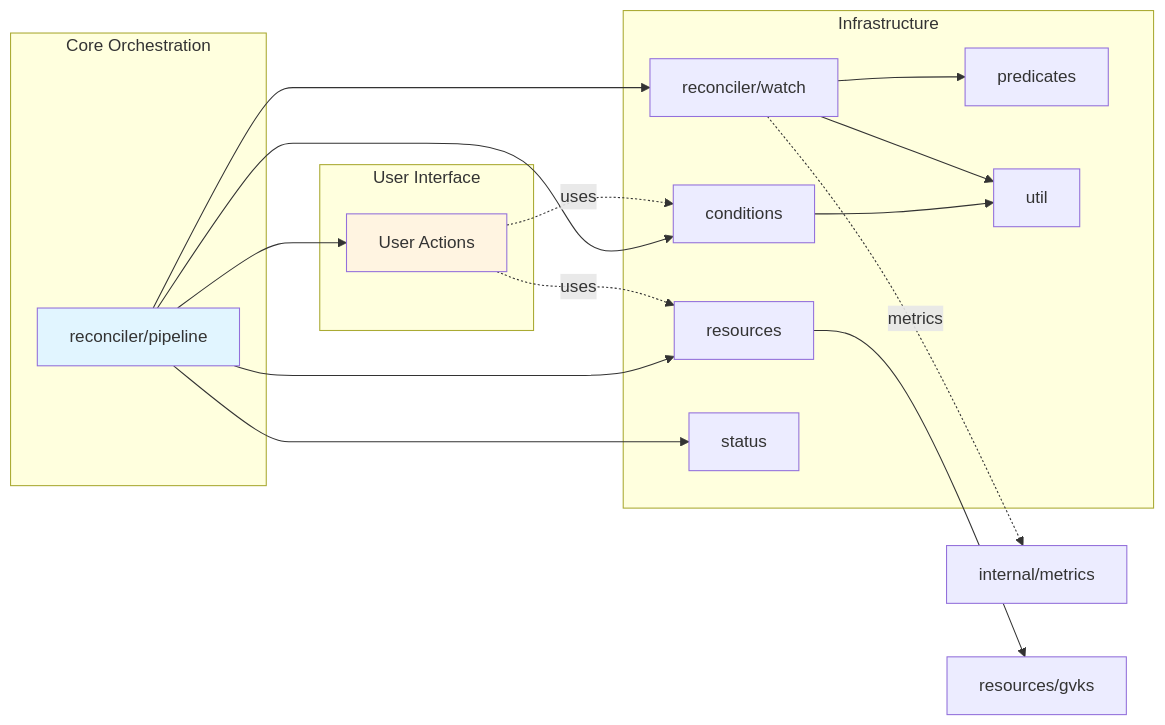
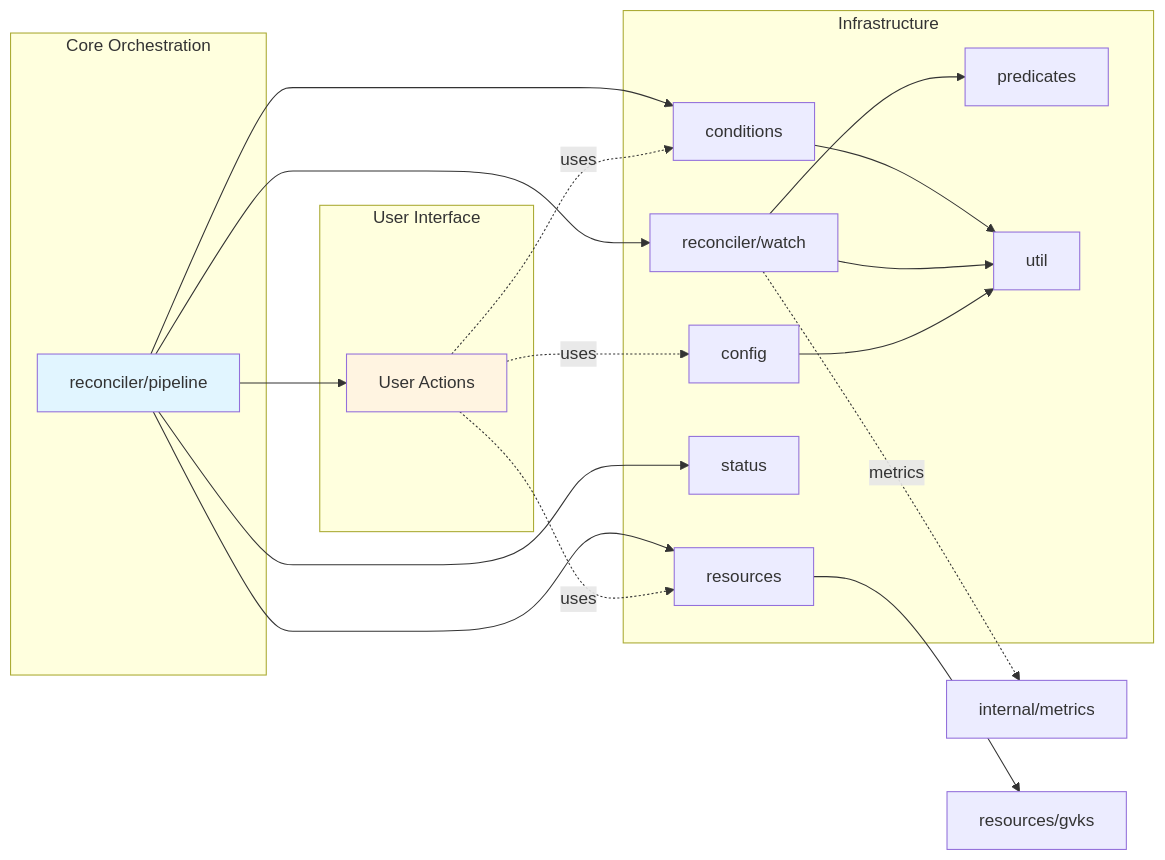
Before and after one commit to lburgazzoli/k8s-controller-lib: the third of 5 diagrams in docs/architecture.md, drawn with Mermaid. The commit also changed other lines of this file and 1 other file, not shown here.

First line of the commit message:
docs: add config package to architecture and flag bridge pattern

````diff
--- a/docs/architecture.md
+++ b/docs/architecture.md
@@ -111,38 +111,41 @@
 ```mermaid
 graph LR
     subgraph "Core Orchestration"
         Pipeline[reconciler/pipeline]
     end
 
     subgraph "User Interface"
         Actions[User Actions]
     end
 
     subgraph "Infrastructure"
         Watch[reconciler/watch]
         Resources[resources]
         Conditions[conditions]
         Status[status]
         Predicates[predicates]
+        Config[config]
         Util[util]
     end
 
     Pipeline --> Watch
     Pipeline --> Resources
     Pipeline --> Conditions
     Pipeline --> Status
     Pipeline --> Actions
 
     Watch --> Predicates
     Watch -.->|metrics| Metrics[internal/metrics]
 
     Conditions --> Util
     Watch --> Util
+    Config --> Util
     Resources --> GVKs[resources/gvks]
 
     Actions -.->|uses| Resources
     Actions -.->|uses| Conditions
+    Actions -.->|uses| Config
 
     style Pipeline fill:#e1f5ff
     style Actions fill:#fff4e1
 ```
````
